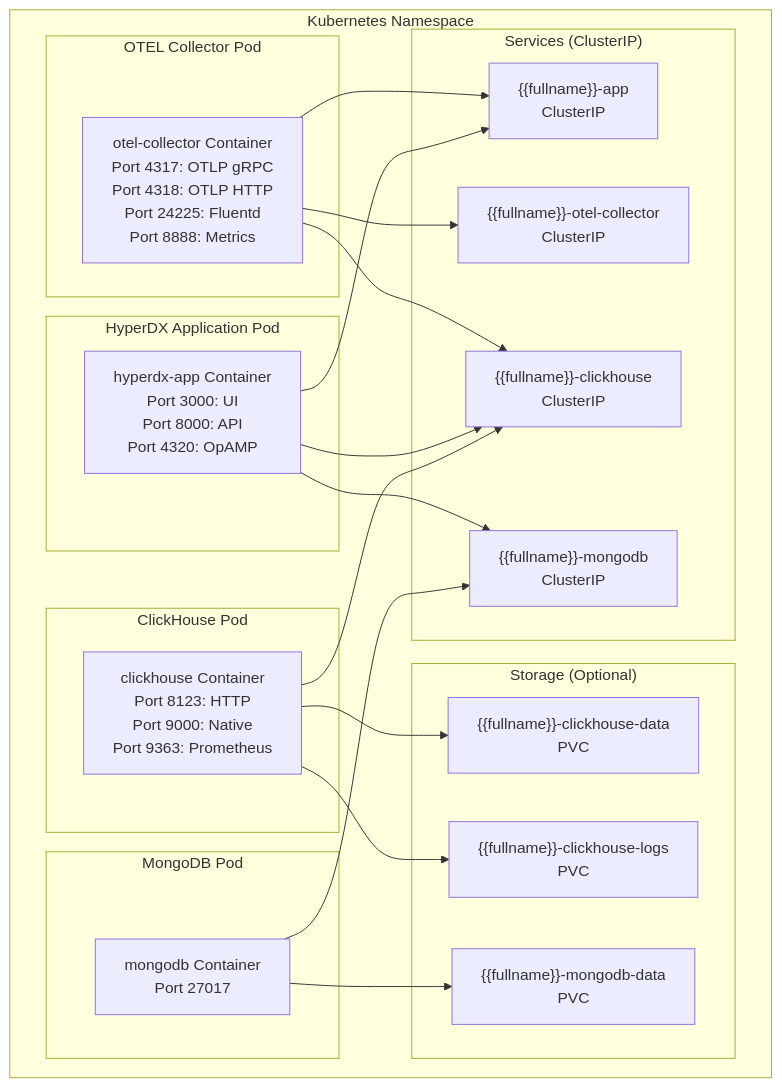
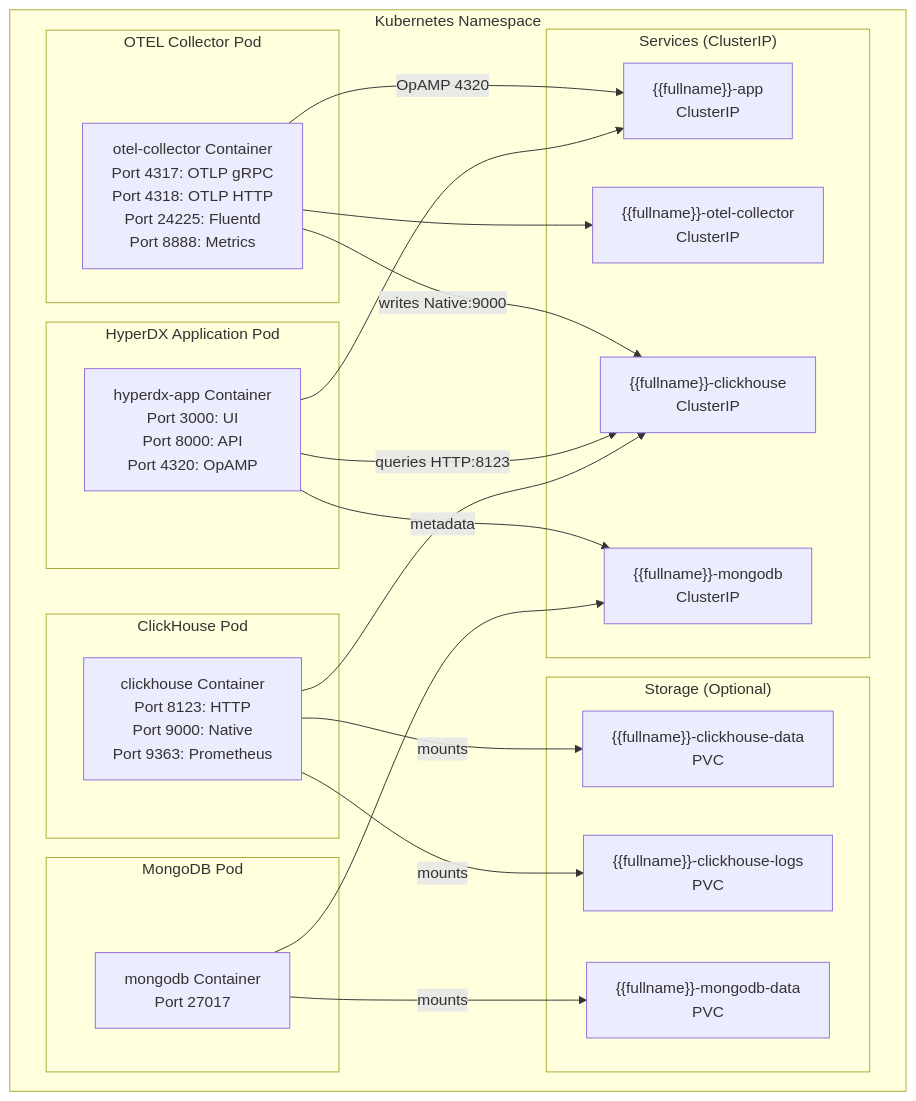
Before and after one commit to openchoreo/openchoreo: the first of 3 diagrams in docs/hyperdxio-helm-charts-docs/Full-Stack-Deployment.md, drawn with Mermaid. The commit also changed other lines of this file and 85 other files, not shown here.

Commit message:
feat: Add new workflow and specification templates, update Helm chart dependencies, and clarify documentation diagrams.

````diff
--- a/docs/hyperdxio-helm-charts-docs/Full-Stack-Deployment.md
+++ b/docs/hyperdxio-helm-charts-docs/Full-Stack-Deployment.md
@@ -24,58 +24,58 @@
 ```mermaid
 flowchart TD
 
 CHPVC["{{fullname}}-clickhouse-data<br>PVC"]
 UI["hyperdx-app Container<br>Port 3000: UI<br>Port 8000: API<br>Port 4320: OpAMP"]
 AppSvc["{{fullname}}-app<br>ClusterIP"]
 OTEL["otel-collector Container<br>Port 4317: OTLP gRPC<br>Port 4318: OTLP HTTP<br>Port 24225: Fluentd<br>Port 8888: Metrics"]
 OTELSvc["{{fullname}}-otel-collector<br>ClusterIP"]
 CH["clickhouse Container<br>Port 8123: HTTP<br>Port 9000: Native<br>Port 9363: Prometheus"]
 CHSvc["{{fullname}}-clickhouse<br>ClusterIP"]
 Mongo["mongodb Container<br>Port 27017"]
 MongoSvc["{{fullname}}-mongodb<br>ClusterIP"]
 CHLogPVC["{{fullname}}-clickhouse-logs<br>PVC"]
 MongoPVC["{{fullname}}-mongodb-data<br>PVC"]
 
 subgraph subGraph6 ["Kubernetes Namespace"]
     UI --> AppSvc
     OTEL --> OTELSvc
     CH --> CHSvc
     Mongo --> MongoSvc
-    CH --> CHPVC
-    CH --> CHLogPVC
-    Mongo --> MongoPVC
-    UI --> CHSvc
-    UI --> MongoSvc
-    OTEL --> CHSvc
-    OTEL --> AppSvc
+    CH -->|"mounts"| CHPVC
+    CH -->|"mounts"| CHLogPVC
+    Mongo -->|"mounts"| MongoPVC
+    UI -->|"queries HTTP:8123"| CHSvc
+    UI -->|"metadata"| MongoSvc
+    OTEL -->|"writes Native:9000"| CHSvc
+    OTEL -->|"OpAMP 4320"| AppSvc
 
 subgraph subGraph5 ["Storage (Optional)"]
     CHPVC
     CHLogPVC
     MongoPVC
 end
 
 subgraph subGraph4 ["Services (ClusterIP)"]
     AppSvc
     OTELSvc
     CHSvc
     MongoSvc
 end
 
 subgraph subGraph3 ["MongoDB Pod"]
     Mongo
 end
 
 subgraph subGraph2 ["ClickHouse Pod"]
     CH
 end
 
 subgraph subGraph1 ["OTEL Collector Pod"]
     OTEL
 end
 
 subgraph subGraph0 ["HyperDX Application Pod"]
     UI
 end
 end
 ```
````
